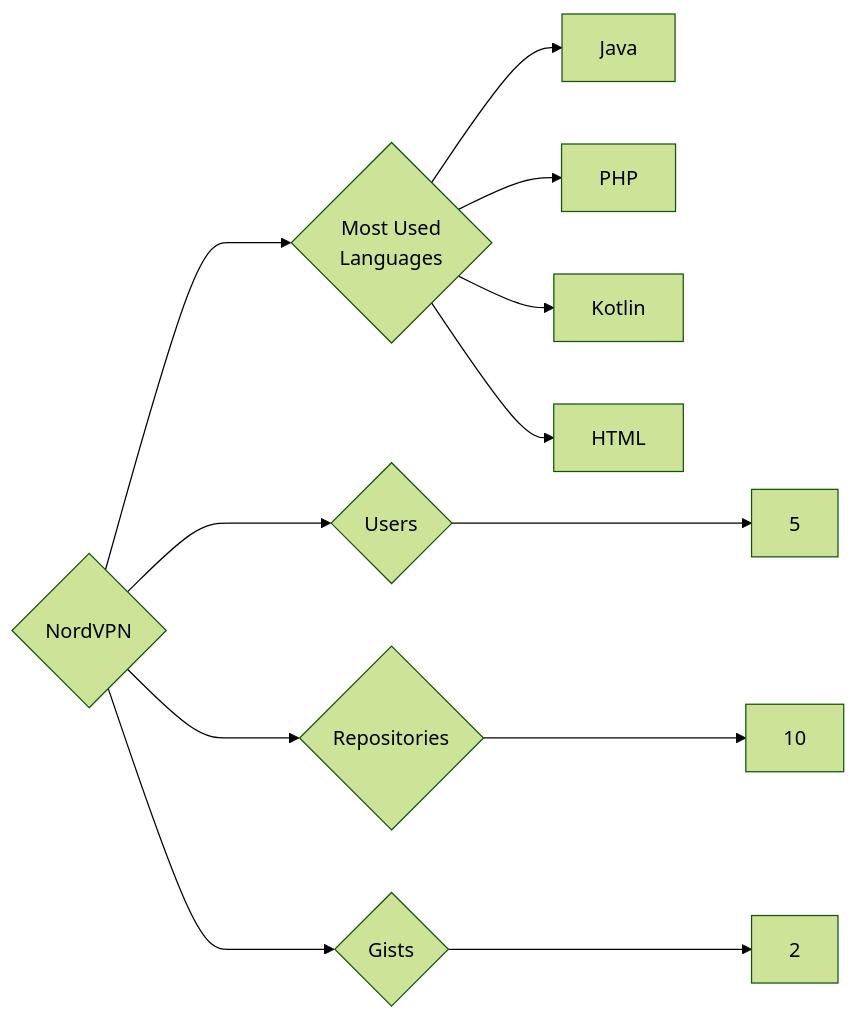
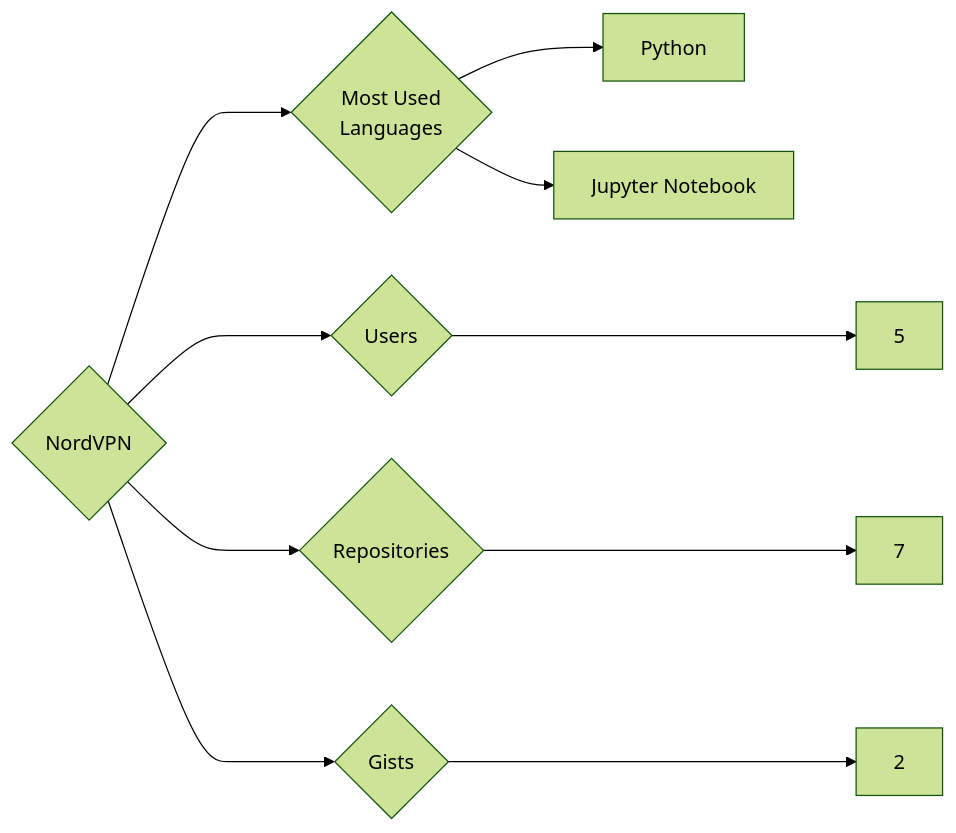
Before and after one commit to trickest/insiders: the diagram in targets/NordVPN/README.md, drawn with Mermaid (forest theme). The commit also changed 877 other files, not shown here.

````diff
--- a/targets/NordVPN/README.md
+++ b/targets/NordVPN/README.md
@@ -3,12 +3,10 @@
 ```mermaid
 graph LR
 COMPANY_NAME{NordVPN}
 COMPANY_NAME ---> U{Users} ---> UN[5]
-COMPANY_NAME ---> R{Repositories} ---> RN[10]
+COMPANY_NAME ---> R{Repositories} ---> RN[7]
 COMPANY_NAME ---> G{Gists} ---> GN[2]
 COMPANY_NAME ---> ML{Most Used<br>Languages}
-ML --> Java[Java]
-ML --> PHP[PHP]
-ML --> Kotlin[Kotlin]
-ML --> HTML[HTML]
+ML --> Python[Python]
+ML --> Jupyter_Notebook[Jupyter Notebook]
 ```
````
